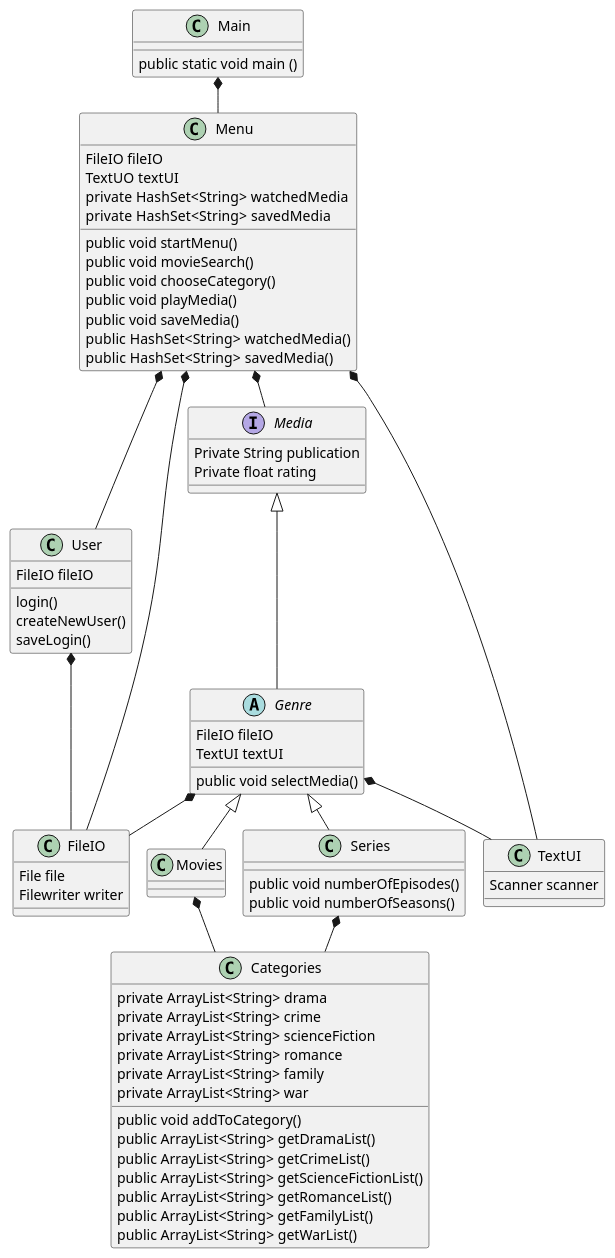
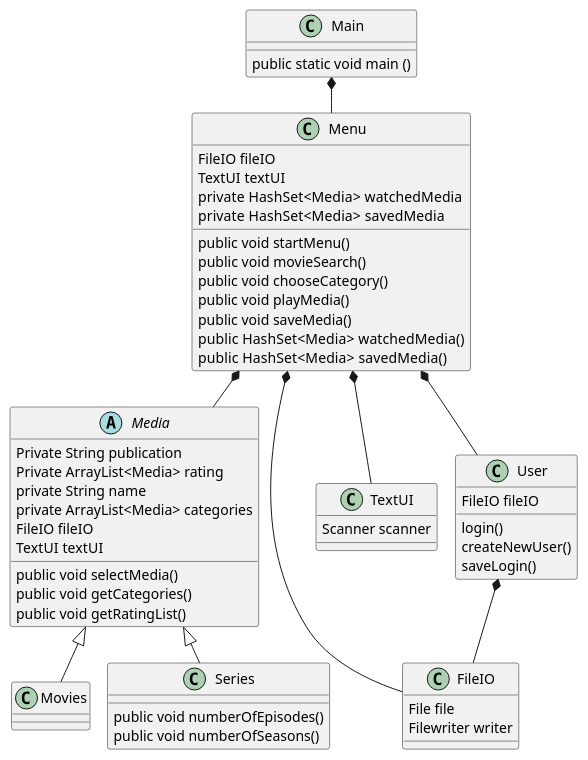
One commit to MichellaBech/SP3 changed the diagram in .idea/Class.puml. Above: the diagram before and after it, drawn with PlantUML. The commit also changed 3 other files, not shown here.

```diff
--- a/.idea/Class.puml
+++ b/.idea/Class.puml
@@ -1,106 +1,81 @@
 @startuml
 'https://plantuml.com/class-diagram
 !pragma layout smetana
 
-interface FileIO
+class FileIO
 class Movies
 class Series
-interface Media
+Abstract Class Media
 class TextUI
-class Categories
 class User
 class Menu
 class Main
 
-Abstract class Genre
-
-Media <|--- Genre
-Genre <|-- Movies
-Genre <|-- Series
+Media <|-- Movies
+Media <|-- Series
 
 Main *-- Menu
-Movies *-- Categories
-Series *-- Categories
 Menu *-- User
 Menu *-- Media
 Menu *-- FileIO
 Menu *-- TextUI
-Genre *-- FileIO
-Genre *-- TextUI
 User *-- FileIO
-
-Abstract class Genre {
-FileIO fileIO
-TextUI textUI
-public void selectMedia()
-}
 
 class TextUI
 {
 Scanner scanner
 }
 
 class FileIO {
 File file
 Filewriter writer
 }
 
 class Main {
 public static void main ()
 }
 
-
-class Categories {
-private ArrayList<String> drama
-private ArrayList<String> crime
-private ArrayList<String> scienceFiction
-private ArrayList<String> romance
-private ArrayList<String> family
-private ArrayList<String> war
-
-public void addToCategory()
-public ArrayList<String> getDramaList()
-public ArrayList<String> getCrimeList()
-public ArrayList<String> getScienceFictionList()
-public ArrayList<String> getRomanceList()
-public ArrayList<String> getFamilyList()
-public ArrayList<String> getWarList()
-}
-
-Interface Media {
+Abstract Class Media {
 Private String publication
-Private float rating
+Private ArrayList<Media> rating
+private String name
+private ArrayList<Media> categories
+FileIO fileIO
+TextUI textUI
+public void selectMedia()
+public void getCategories()
+public void getRatingList()
 }
 
 class Movies{
 
 }
 
 class Series {
 public void numberOfEpisodes()
 public void numberOfSeasons()
 }
 
 class User{
 FileIO fileIO
 login()
 createNewUser()
 saveLogin()
 }
 
 class Menu {
 FileIO fileIO
-TextUO textUI
-private  HashSet<String> watchedMedia
-private  HashSet<String> savedMedia
+TextUI textUI
+private  HashSet<Media> watchedMedia
+private  HashSet<Media> savedMedia
 public void startMenu()
 public void movieSearch()
 public void chooseCategory()
 public void playMedia()
 public void saveMedia()
-public  HashSet<String> watchedMedia()
-public  HashSet<String> savedMedia()
+public  HashSet<Media> watchedMedia()
+public  HashSet<Media> savedMedia()
 }
 
 
 @enduml
```
